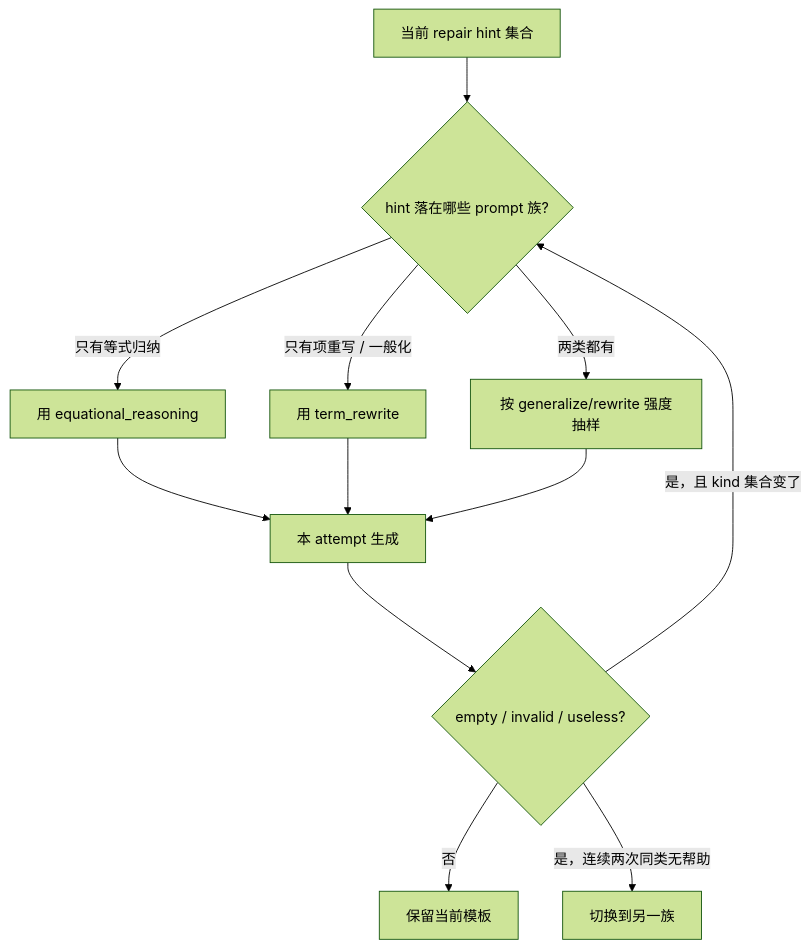
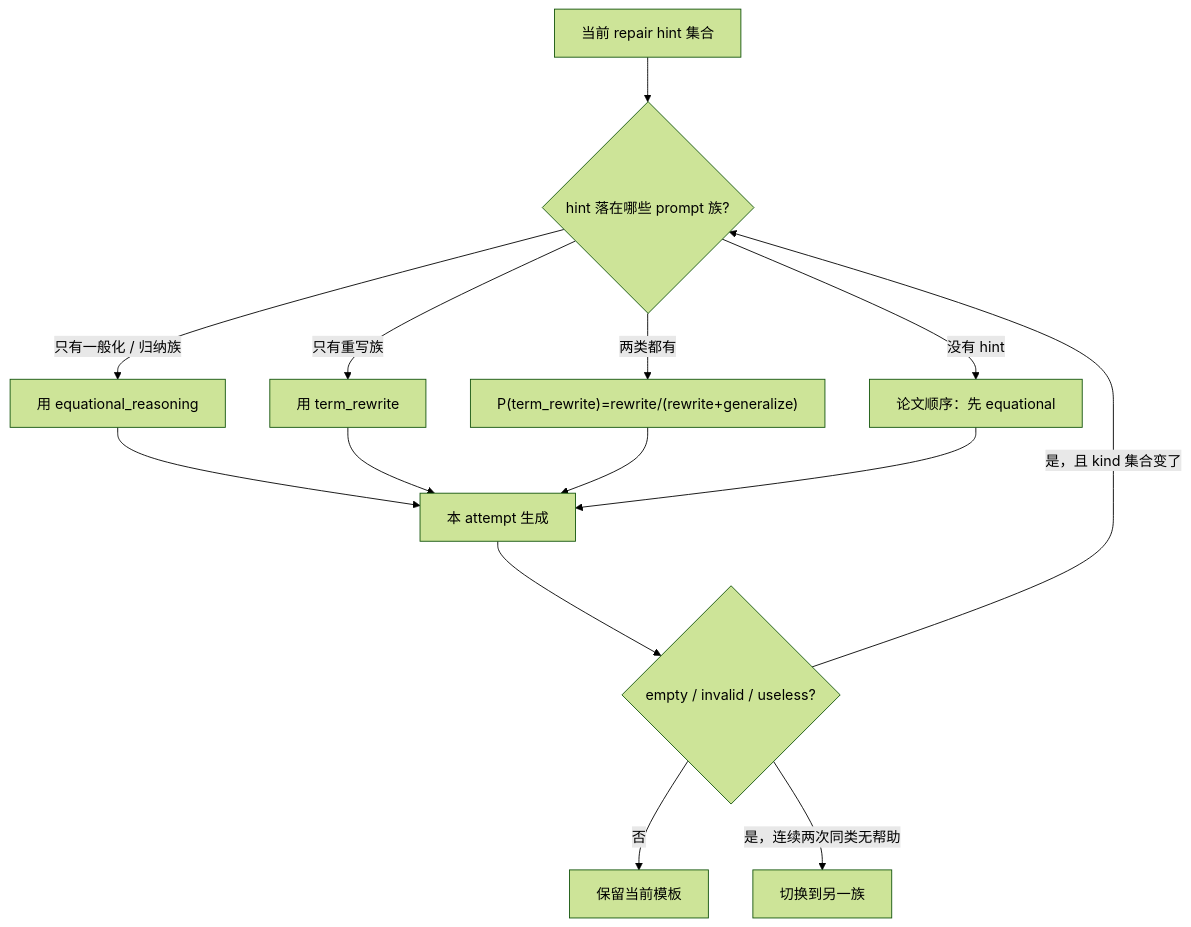
The sixth of 10 diagrams in docs/算法更新与创新点.md (sicheng-tan/LLM4Ind), drawn with Mermaid (forest theme) before and after one commit. The commit also changed other lines of this file and 14 other files, not shown here.

````diff
--- a/docs/算法更新与创新点.md
+++ b/docs/算法更新与创新点.md
@@ -230,14 +230,16 @@
 ```mermaid
 flowchart TD
   hints["当前 repair hint 集合"] --> family{"hint 落在哪些 prompt 族?"}
-  family -->|只有等式归纳| eq["用 equational_reasoning"]
-  family -->|只有项重写 / 一般化| rw["用 term_rewrite"]
-  family -->|两类都有| sample["按 generalize/rewrite 强度抽样"]
+  family -->|只有重写族| rw["用 term_rewrite"]
+  family -->|只有一般化 / 归纳族| eq["用 equational_reasoning"]
+  family -->|两类都有| sample["P(term_rewrite)=rewrite/(rewrite+generalize)"]
+  family -->|没有 hint| paper["论文顺序：先 equational"]
   eq --> run["本 attempt 生成"]
   rw --> run
   sample --> run
+  paper --> run
   run --> nohelp{"empty / invalid / useless?"}
   nohelp -->|否| keep["保留当前模板"]
   nohelp -->|是，且 kind 集合变了| family
   nohelp -->|是，连续两次同类无帮助| toggle["切换到另一族"]
 ```
````
